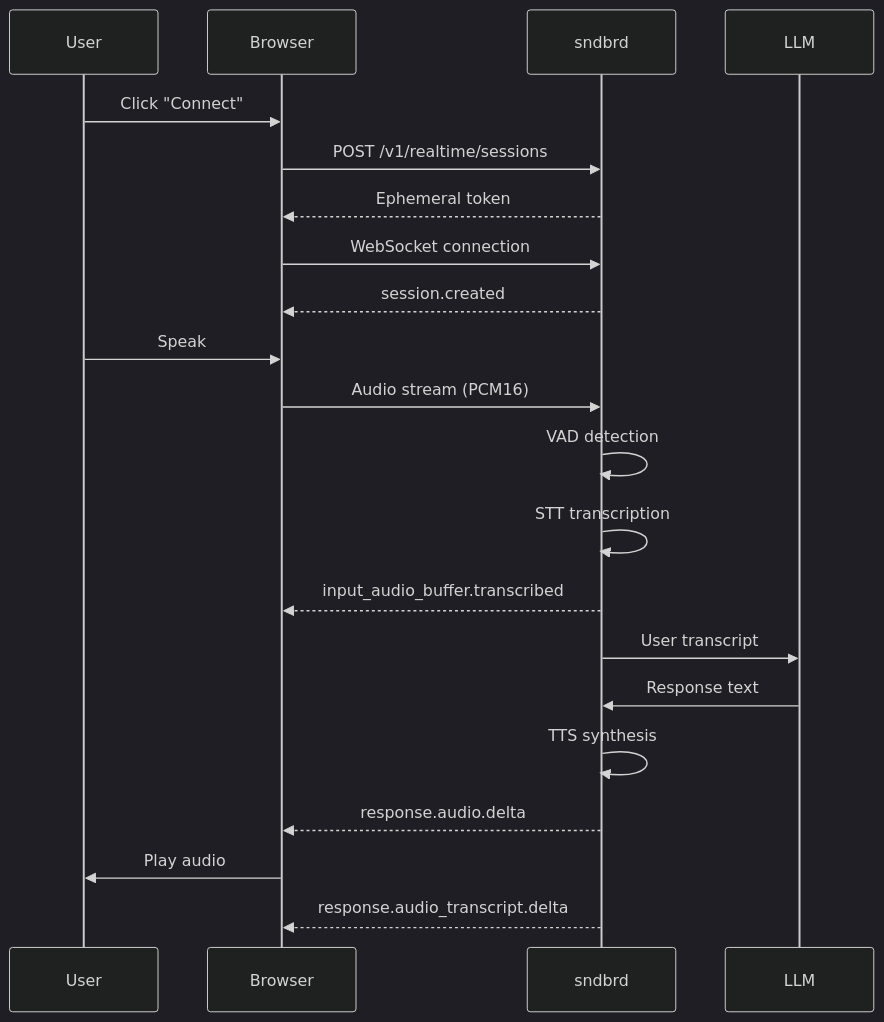
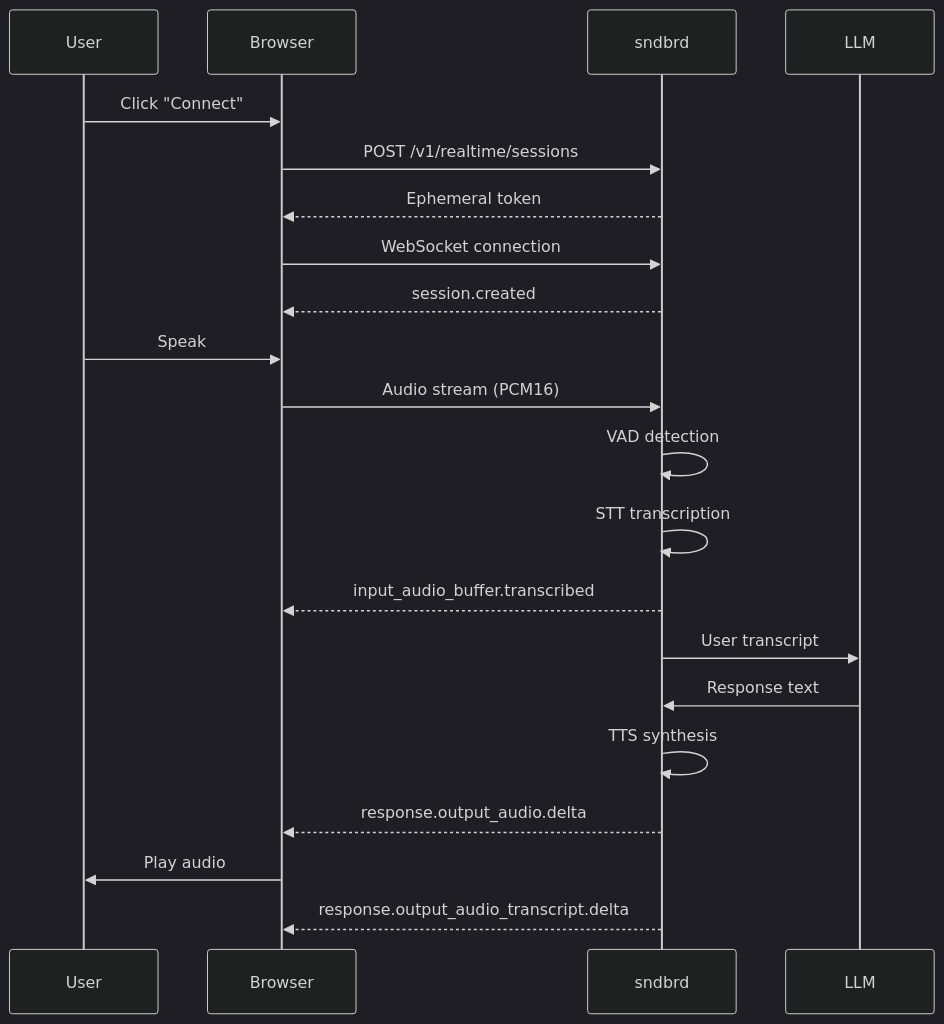
The diagram in wiki/docs/tutorials/voice-agent.md (usevowel/engine), drawn with Mermaid (dark theme) before and after one commit. The commit also changed 9 other files, not shown here.

````diff
--- a/wiki/docs/tutorials/voice-agent.md
+++ b/wiki/docs/tutorials/voice-agent.md
@@ -293,26 +293,26 @@
 ```mermaid
 sequenceDiagram
     participant User
     participant Browser
     participant sndbrd
     participant LLM
 
     User->>Browser: Click "Connect"
     Browser->>sndbrd: POST /v1/realtime/sessions
     sndbrd-->>Browser: Ephemeral token
     Browser->>sndbrd: WebSocket connection
     sndbrd-->>Browser: session.created
     
     User->>Browser: Speak
     Browser->>sndbrd: Audio stream (PCM16)
     sndbrd->>sndbrd: VAD detection
     sndbrd->>sndbrd: STT transcription
     sndbrd-->>Browser: input_audio_buffer.transcribed
     
     sndbrd->>LLM: User transcript
     LLM->>sndbrd: Response text
     sndbrd->>sndbrd: TTS synthesis
-    sndbrd-->>Browser: response.audio.delta
+sndbrd-->>Browser: response.output_audio.delta
     Browser->>User: Play audio
-    sndbrd-->>Browser: response.audio_transcript.delta
+sndbrd-->>Browser: response.output_audio_transcript.delta
 ```
````
